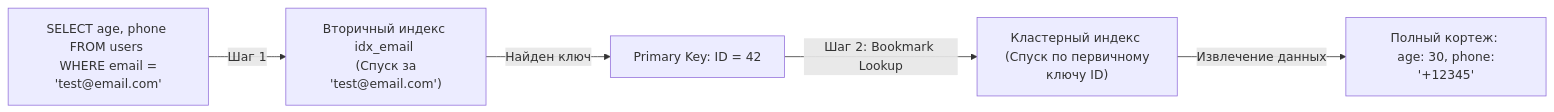
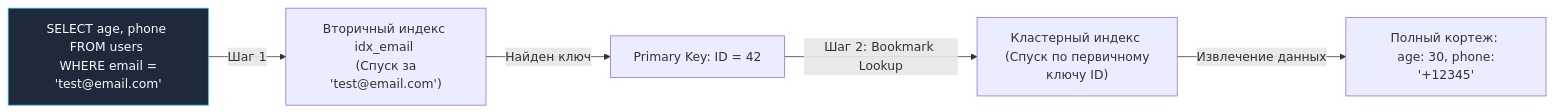
The second of 2 diagrams in sources/12. Базы данных/07. MySQL и форки/3. Индексы в MySQL.md (UnrealTemplier/go-textbook), drawn with Mermaid before and after one commit. The commit also changed other lines of this file and 1666 other files, not shown here.

First line of the commit message:
feat(mermaid): add semantic color classDef to 1369 colorless flowchart/graph diagrams

````diff
--- a/sources/12. Базы данных/07. MySQL и форки/3. Индексы в MySQL.md
+++ b/sources/12. Базы данных/07. MySQL и форки/3. Индексы в MySQL.md
@@ -87,7 +97,17 @@
 ```mermaid
 flowchart LR
-    Query["SELECT age, phone FROM users <br> WHERE email = 'test@email.com'"] -->|Шаг 1| SecIdx["Вторичный индекс idx_email <br> (Спуск за 'test@email.com')"]
+    classDef process  fill:#1e293b,stroke:#38bdf8,stroke-width:1px,color:#f8fafc
+    classDef success  fill:#064e3b,stroke:#34d399,stroke-width:1px,color:#f8fafc
+    classDef error    fill:#7f1d1d,stroke:#f87171,stroke-width:1px,color:#f8fafc
+    classDef warning  fill:#78350f,stroke:#fbbf24,stroke-width:1px,color:#f8fafc
+    classDef entry    fill:#1e3a5f,stroke:#38bdf8,stroke-width:2px,color:#f8fafc
+    classDef aux      fill:#334155,stroke:#64748b,stroke-width:1px,color:#f8fafc
+    classDef system   fill:#312e81,stroke:#a78bfa,stroke-width:1px,color:#f8fafc
+    classDef data     fill:#132d29,stroke:#2dd4bf,stroke-width:1px,color:#f8fafc
+    classDef network  fill:#881337,stroke:#fb7185,stroke-width:1px,color:#f8fafc
+    classDef accent   fill:#1e1b4b,stroke:#818cf8,stroke-width:1px,color:#f8fafc
+    Query["SELECT age, phone FROM users <br> WHERE email = 'test@email.com'"]:::process -->|Шаг 1| SecIdx["Вторичный индекс idx_email <br> (Спуск за 'test@email.com')"]
     SecIdx -->|Найден ключ| PKVal["Primary Key: ID = 42"]
     PKVal -->|Шаг 2: Bookmark Lookup| ClustIdx["Кластерный индекс <br> (Спуск по первичному ключу ID)"]
     ClustIdx -->|Извлечение данных| Result["Полный кортеж: <br> age: 30, phone: '+12345'"]
 ```
````
